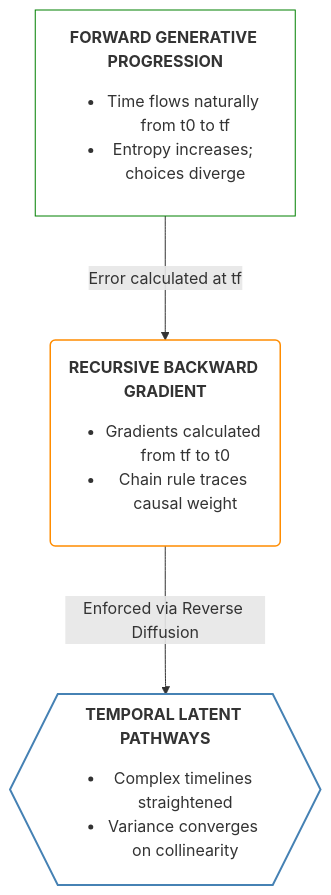
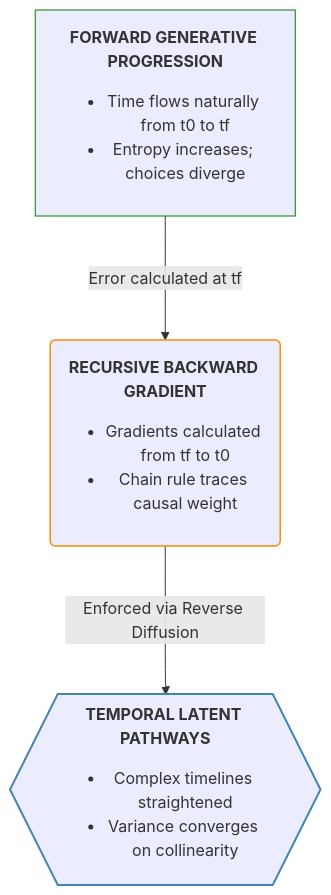
The second of 3 diagrams in docs/technical/previous-token-prediction.md (theofficialurban/odyssey-docs), drawn with Mermaid before and after one commit. The commit also changed other lines of this file and 5 other files, not shown here.

````diff
--- a/docs/technical/previous-token-prediction.md
+++ b/docs/technical/previous-token-prediction.md
@@ -484,7 +540,7 @@
 ```mermaid
 graph TB
-   classDef sOne fill:#FFFFFFBF,stroke:green;
-   classDef sTwo fill:#FFFFFFBF,stroke:darkorange,stroke-width:1.5px;
-   classDef sThree fill:#FFFFFFBF,stroke:steelblue,stroke-width:2px;
+   classDef sOne stroke:green;
+   classDef sTwo stroke:darkorange,stroke-width:1.5px;
+   classDef sThree stroke:steelblue,stroke-width:2px;
    fgp["<b>FORWARD GENERATIVE PROGRESSION</b><ul><li>Time flows naturally from t0 to tf</li><li>Entropy increases; choices diverge</li></ul>"]:::sOne ---> |Error calculated at tf| rbg("<b>RECURSIVE BACKWARD GRADIENT</b><ul><li>Gradients calculated from tf to t0</li><li>Chain rule traces causal weight</li></ul>"):::sTwo ---> |Enforced via Reverse Diffusion| tlp{{"<b>TEMPORAL LATENT PATHWAYS</b><ul><li>Complex timelines straightened</li><li>Variance converges on collinearity</li></ul>"}}:::sThree
 ```
````
